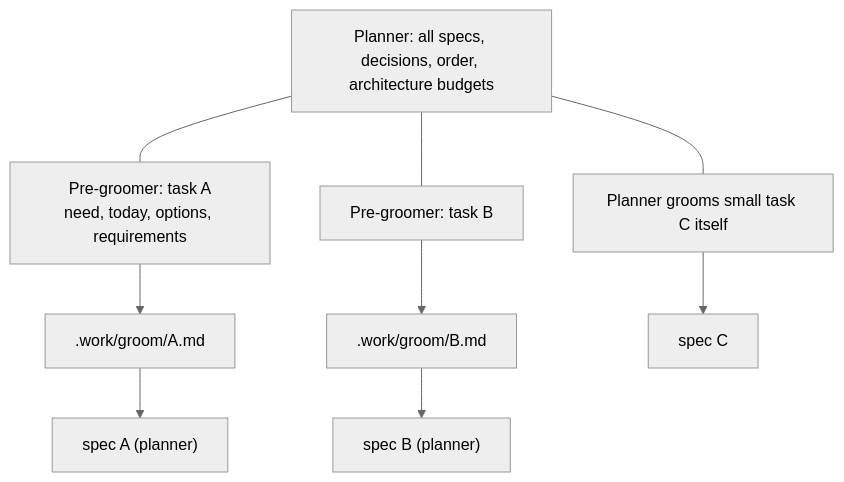
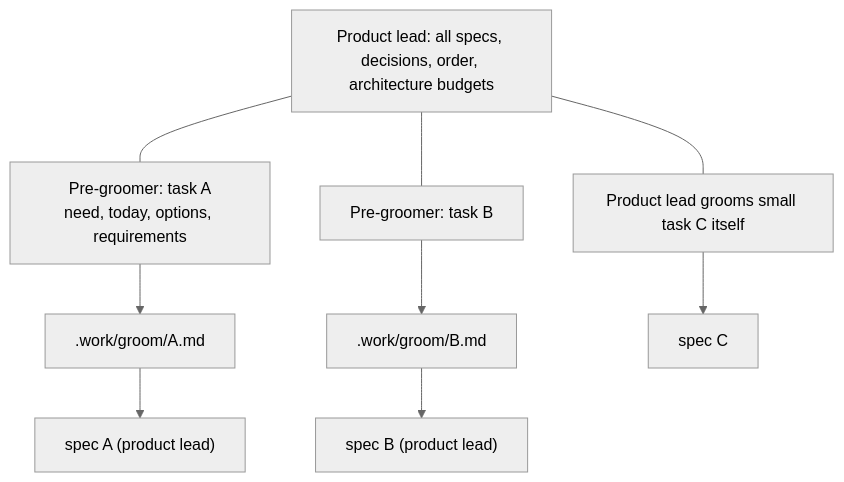
Before and after one commit to Squikle/vibecode.md: the third of 8 diagrams in README.md, drawn with Mermaid (neutral theme). The commit also changed other lines of this file and 2 other files, not shown here.

````diff
--- a/README.md
+++ b/README.md
@@ -62,10 +70,10 @@
 ```mermaid
 flowchart TB
-  P["Planner: all specs, decisions, order, architecture budgets"]
+  P["Product lead: all specs, decisions, order, architecture budgets"]
   P --- G1["Pre-groomer: task A<br/>need, today, options, requirements"]
   P --- G2["Pre-groomer: task B"]
-  P --- G3["Planner grooms small task C itself"]
-  G1 --> R1[".work/groom/A.md"] --> S1["spec A (planner)"]
-  G2 --> R2[".work/groom/B.md"] --> S2["spec B (planner)"]
+  P --- G3["Product lead grooms small task C itself"]
+  G1 --> R1[".work/groom/A.md"] --> S1["spec A (product lead)"]
+  G2 --> R2[".work/groom/B.md"] --> S2["spec B (product lead)"]
   G3 --> S3["spec C"]
 ```
````
